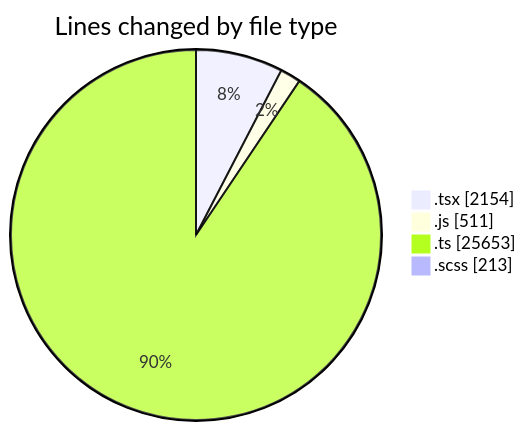
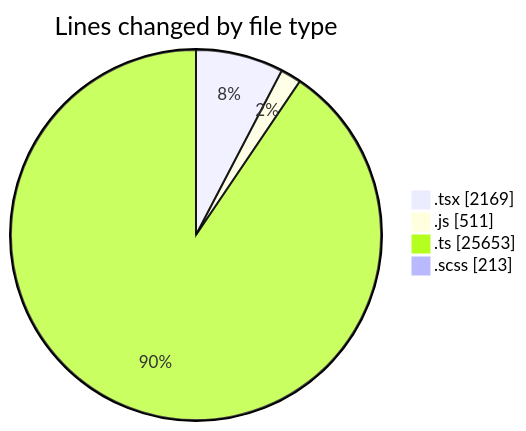
The first of 2 diagrams in 2025-06-30/cda/README.md (momahboobian/code-tracking), drawn with Mermaid before and after one commit. The commit also changed other lines of this file and 1 other file, not shown here.

````diff
--- a/2025-06-30/cda/README.md
+++ b/2025-06-30/cda/README.md
@@ -41,8 +41,8 @@
 ```mermaid
 pie showData
 title Lines changed by file type
-".tsx" : 2154
+".tsx" : 2169
 ".js" : 511
 ".ts" : 25653
 ".scss" : 213
 ```
````
